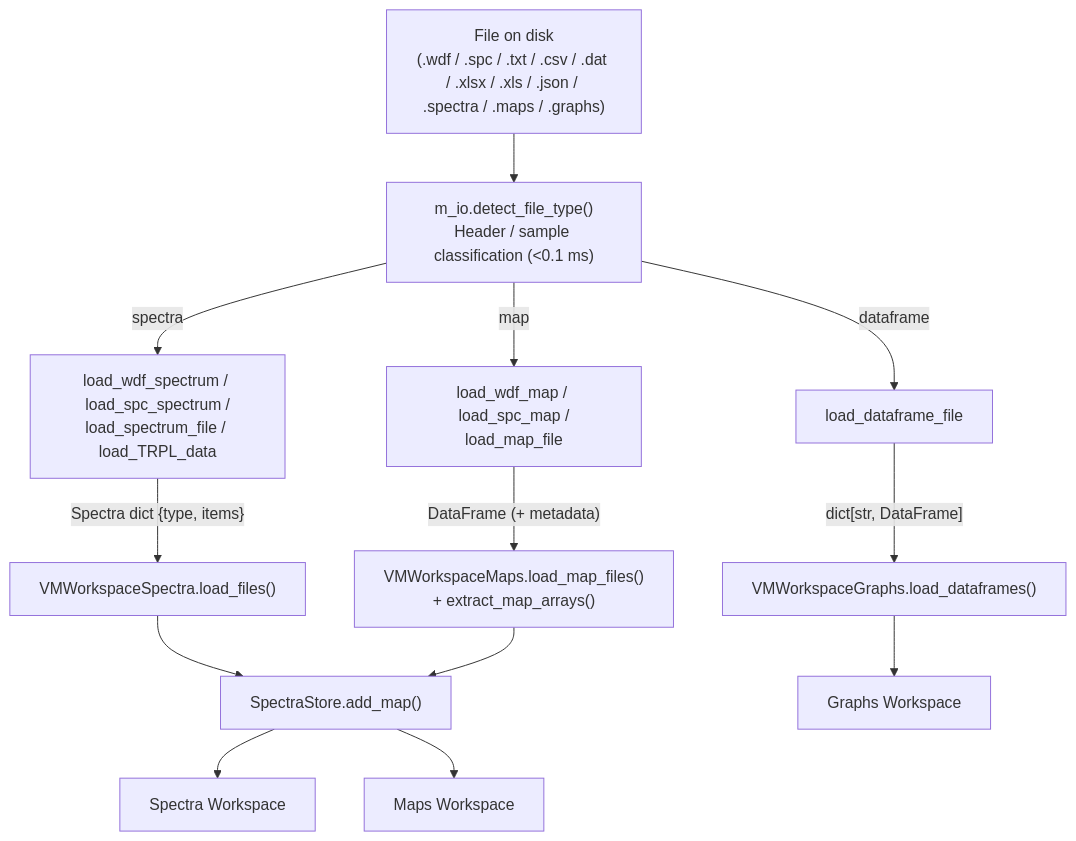
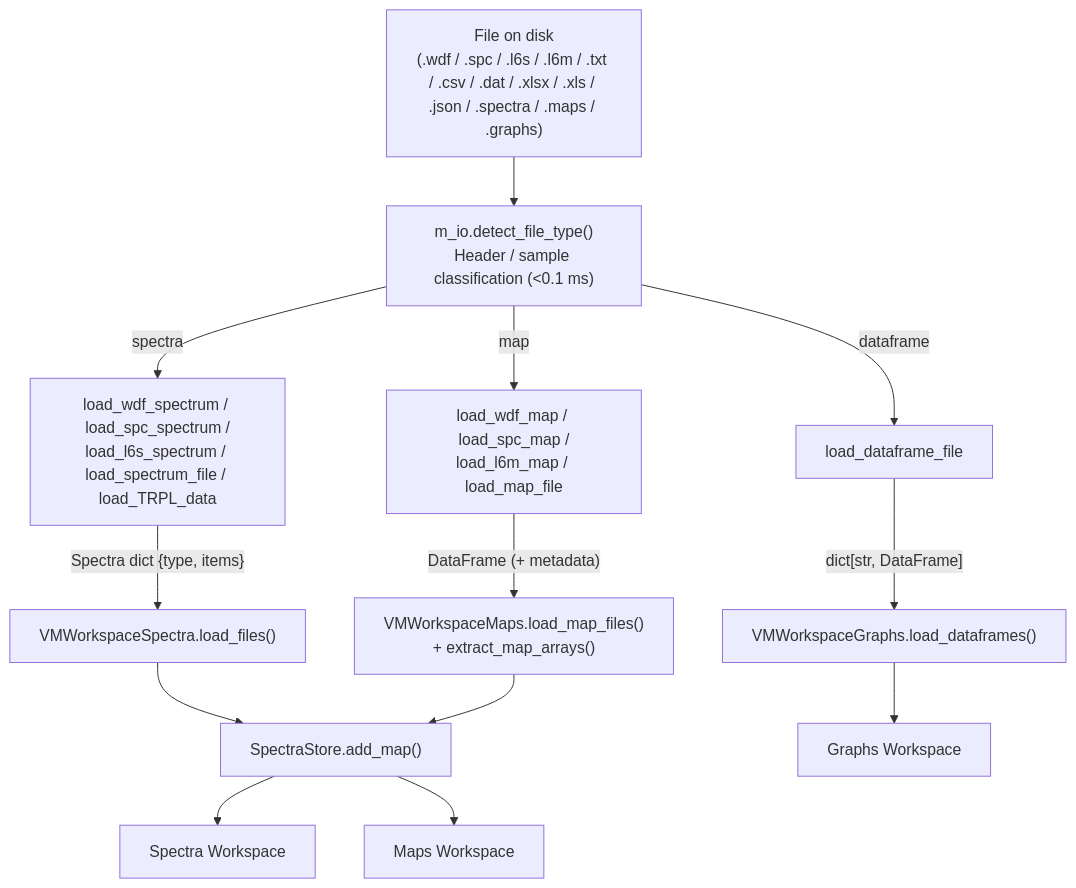
One commit to CEA-MetroCarac/SPECTROview changed the diagram in docs/developer/file_loading.md. Above: the diagram before and after it, drawn with Mermaid. The commit also changed other lines of this file and 18 other files, not shown here.

````diff
--- a/docs/developer/file_loading.md
+++ b/docs/developer/file_loading.md
@@ -19,21 +19,21 @@
 ```mermaid
 flowchart TD
-    FILE["File on disk<br/>(.wdf / .spc / .txt / .csv / .dat / .xlsx / .xls / .json / .spectra / .maps / .graphs)"]
+    FILE["File on disk<br/>(.wdf / .spc / .l6s / .l6m / .txt / .csv / .dat / .xlsx / .xls / .json / .spectra / .maps / .graphs)"]
 
     FILE --> DETECT["m_io.detect_file_type()<br/>Header / sample classification (<0.1 ms)"]
 
-    DETECT -->|"spectra"| MIO_SPEC["load_wdf_spectrum / load_spc_spectrum /<br/>load_spectrum_file / load_TRPL_data"]
-    DETECT -->|"map"| MIO_MAP["load_wdf_map / load_spc_map /<br/>load_map_file"]
+    DETECT -->|"spectra"| MIO_SPEC["load_wdf_spectrum / load_spc_spectrum /<br/>load_l6s_spectrum / load_spectrum_file / load_TRPL_data"]
+    DETECT -->|"map"| MIO_MAP["load_wdf_map / load_spc_map /<br/>load_l6m_map / load_map_file"]
     DETECT -->|"dataframe"| MIO_DF["load_dataframe_file"]
 
     MIO_SPEC -->|"Spectra dict {type, items}"| VMSPECTRA["VMWorkspaceSpectra.load_files()"]
     MIO_MAP -->|"DataFrame (+ metadata)"| VMMAPS["VMWorkspaceMaps.load_map_files()<br/>+ extract_map_arrays()"]
     MIO_DF -->|"dict[str, DataFrame]"| VMGRAPHS["VMWorkspaceGraphs.load_dataframes()"]
 
     VMSPECTRA --> STORE["SpectraStore.add_map()"]
     VMMAPS --> STORE
 
     STORE --> SPECTRA_WS["Spectra Workspace"]
     STORE --> MAPS_WS["Maps Workspace"]
     VMGRAPHS --> GRAPHS_WS["Graphs Workspace"]
 ```
````
